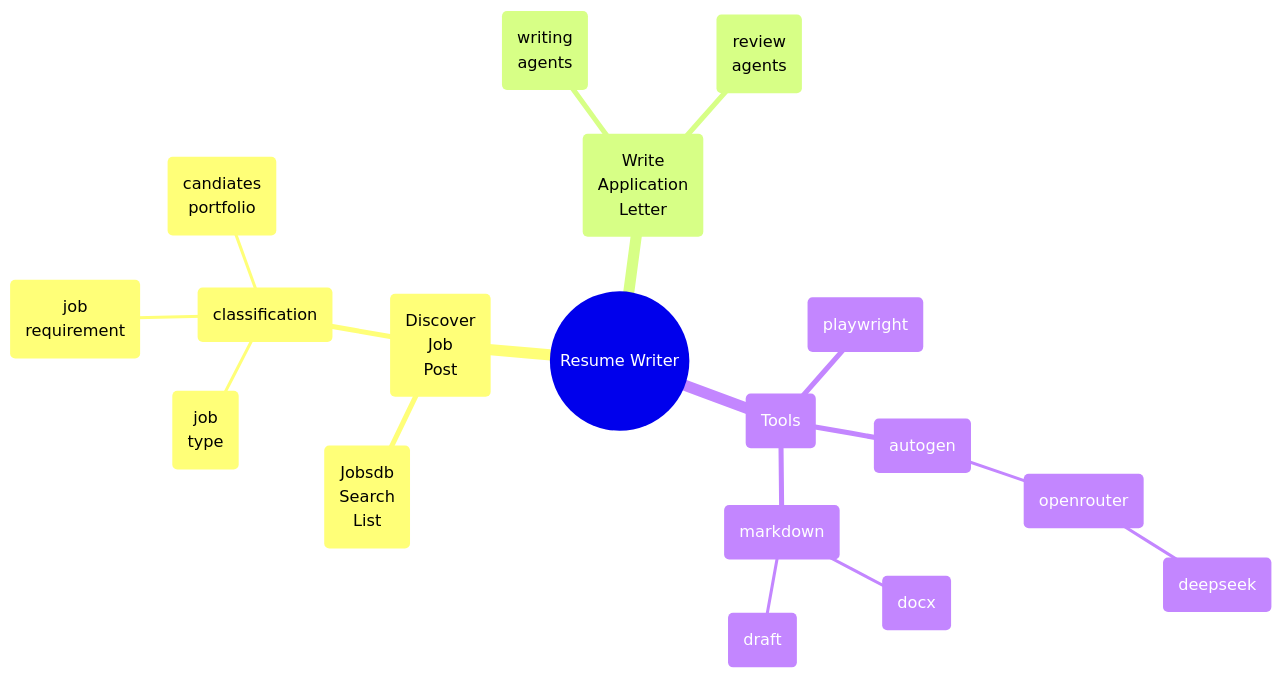
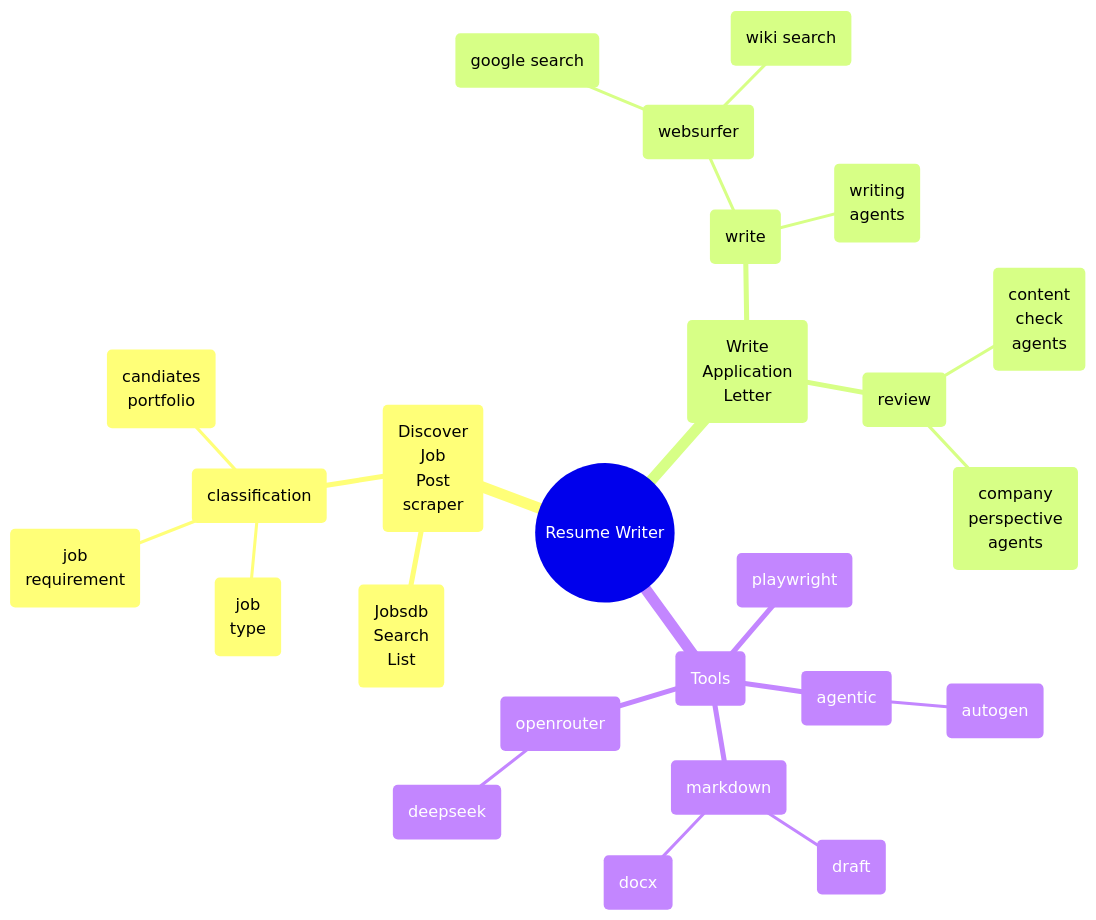
The first of 3 diagrams in README.md (louiscklaw/autogen-resume-writer), drawn with Mermaid before and after one commit. The commit also changed other lines of this file, not shown here.

Commit message:
"Update README.md with detailed description, expanded architecture diagrams, new scraping workflows, and updated project credits"

````diff
--- a/README.md
+++ b/README.md
@@ -21,21 +23,28 @@
 ```mermaid
 mindmap
   root((Resume Writer))
-    (Discover<br/>Job<br/>Post)
+    (Discover<br/>Job<br/>Post<br/>scraper)
       (Jobsdb<br/>Search<br/>List)
       (classification)
         (job<br/>type)
         (job<br/>requirement)
         (candiates<br/>portfolio)
     (Write<br/>Application<br/>Letter)
+      (write)
+        (websurfer)
+          (google search)
+          (wiki search)
         (writing<br/>agents)
-        (review<br/>agents)
+      (review)
+        (content<br/>check<br/>agents)
+        (company<br/>perspective<br/>agents)
     (Tools)
       (playwright)
-      (autogen)
-        (openrouter)
-            (deepseek)
+      (agentic)
+        (autogen)
+      (openrouter)
+        (deepseek)
       (markdown)
         (docx)
         (draft)
 ```
````
